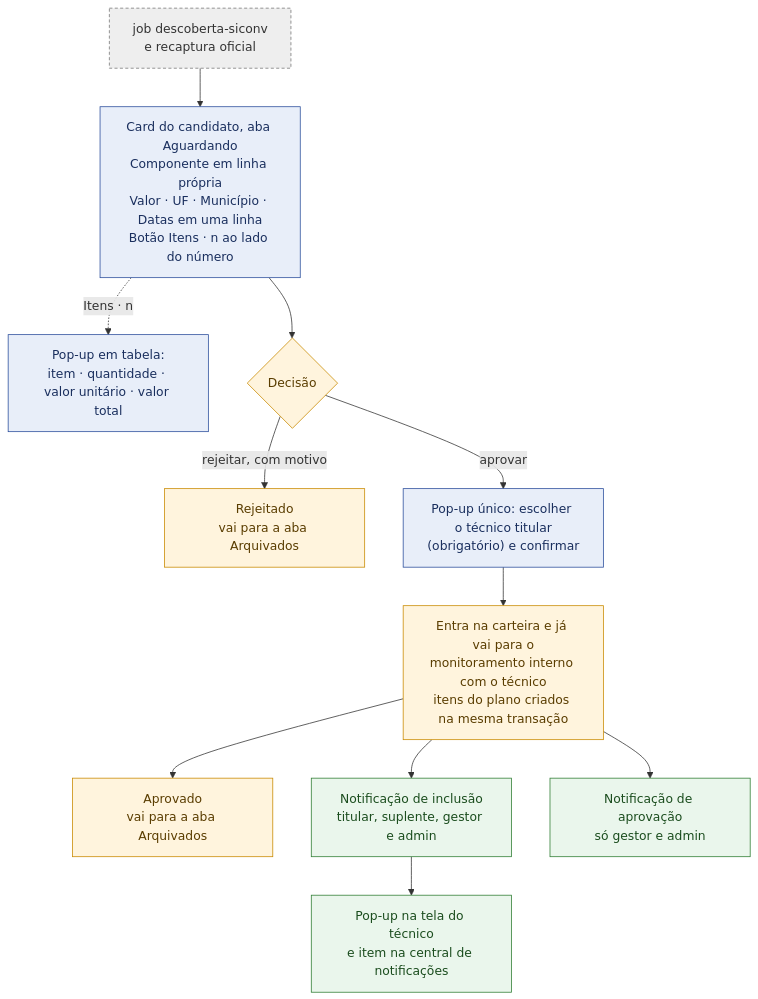
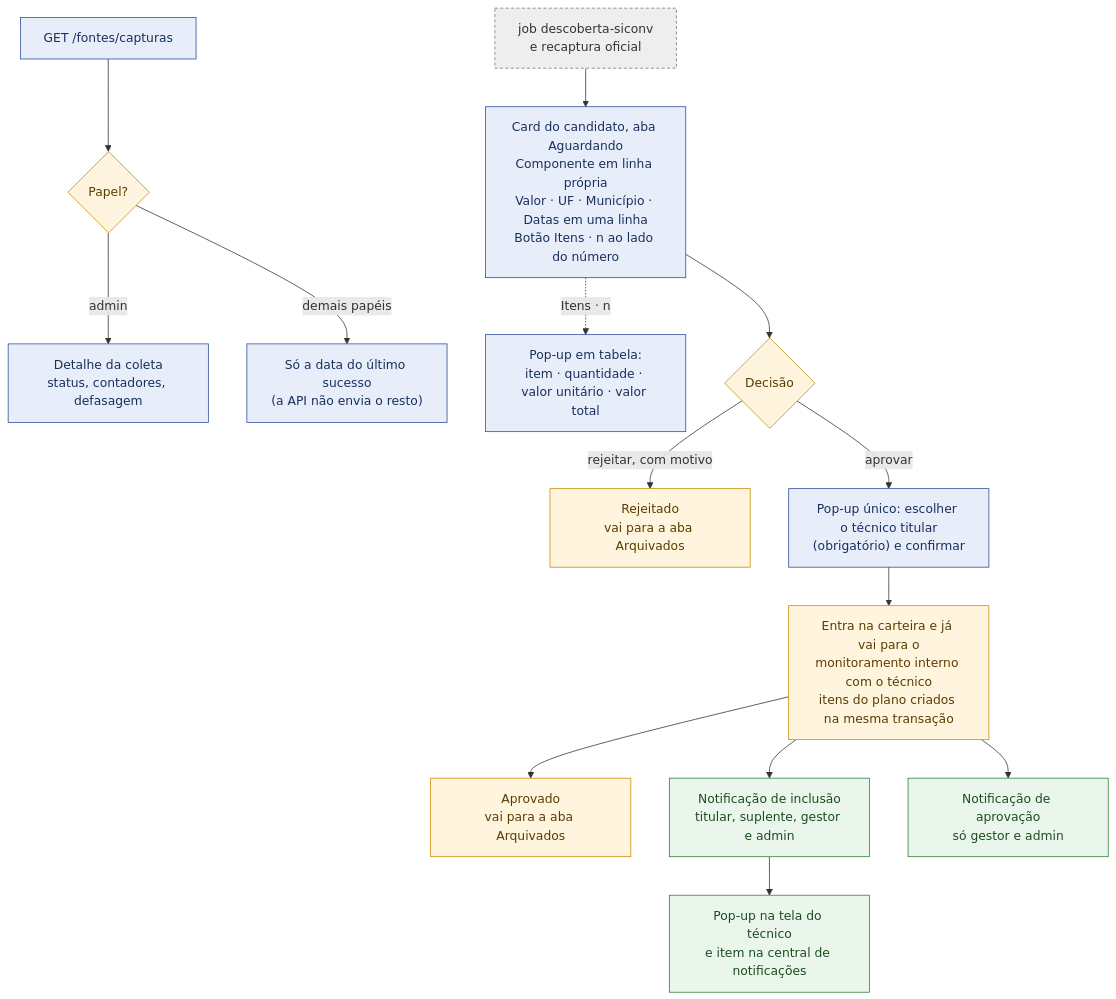
One commit to devs-ministerio/par_equipamentos changed the tenth of 11 diagrams in docs/arquitetura/mapa-monitoramento-interno-2026-11-19.md. Above: the diagram before and after it, drawn with Mermaid. The commit also changed 10 other files, not shown here.

First line of the commit message:
fix(fontes): /fontes/capturas devolve o detalhe só ao admin

````diff
--- a/docs/arquitetura/mapa-monitoramento-interno-2026-11-19.md
+++ b/docs/arquitetura/mapa-monitoramento-interno-2026-11-19.md
@@ -311,18 +311,21 @@
 ```mermaid
 flowchart TB
     classDef job fill:#EEE,stroke:#777,color:#333,stroke-dasharray:4 3
     classDef tela fill:#E8EEF9,stroke:#2A4D9B,color:#1a2f5e
     classDef regra fill:#FFF4DD,stroke:#C98A00,color:#5a3d00
     classDef aviso fill:#EAF6EC,stroke:#2E7D32,color:#1b4d1e
 
+    FONTES["GET /fontes/capturas"]:::tela --> PAPEL{"Papel?"}:::regra
+    PAPEL -->|"admin"| DET["Detalhe da coleta<br/>status, contadores, defasagem"]:::tela
+    PAPEL -->|"demais papéis"| RESUMO["Só a data do último sucesso<br/>(a API não envia o resto)"]:::tela
     J["job descoberta-siconv<br/>e recaptura oficial"]:::job --> CARD["Card do candidato, aba Aguardando<br/>Componente em linha própria<br/>Valor · UF · Município · Datas em uma linha<br/>Botão Itens · n ao lado do número"]:::tela
     CARD -. "Itens · n" .-> TAB["Pop-up em tabela:<br/>item · quantidade · valor unitário · valor total"]:::tela
     CARD --> D{"Decisão"}:::regra
     D -->|"rejeitar, com motivo"| REJ["Rejeitado<br/>vai para a aba Arquivados"]:::regra
     D -->|"aprovar"| DLG["Pop-up único: escolher o técnico titular<br/>(obrigatório) e confirmar"]:::tela
     DLG --> MON["Entra na carteira e já vai para o<br/>monitoramento interno com o técnico<br/>itens do plano criados na mesma transação"]:::regra
     MON --> ARQ["Aprovado<br/>vai para a aba Arquivados"]:::regra
     MON --> N1["Notificação de inclusão<br/>titular, suplente, gestor e admin"]:::aviso
     N1 --> POP["Pop-up na tela do técnico<br/>e item na central de notificações"]:::aviso
     MON --> N2["Notificação de aprovação<br/>só gestor e admin"]:::aviso
 ```
````
